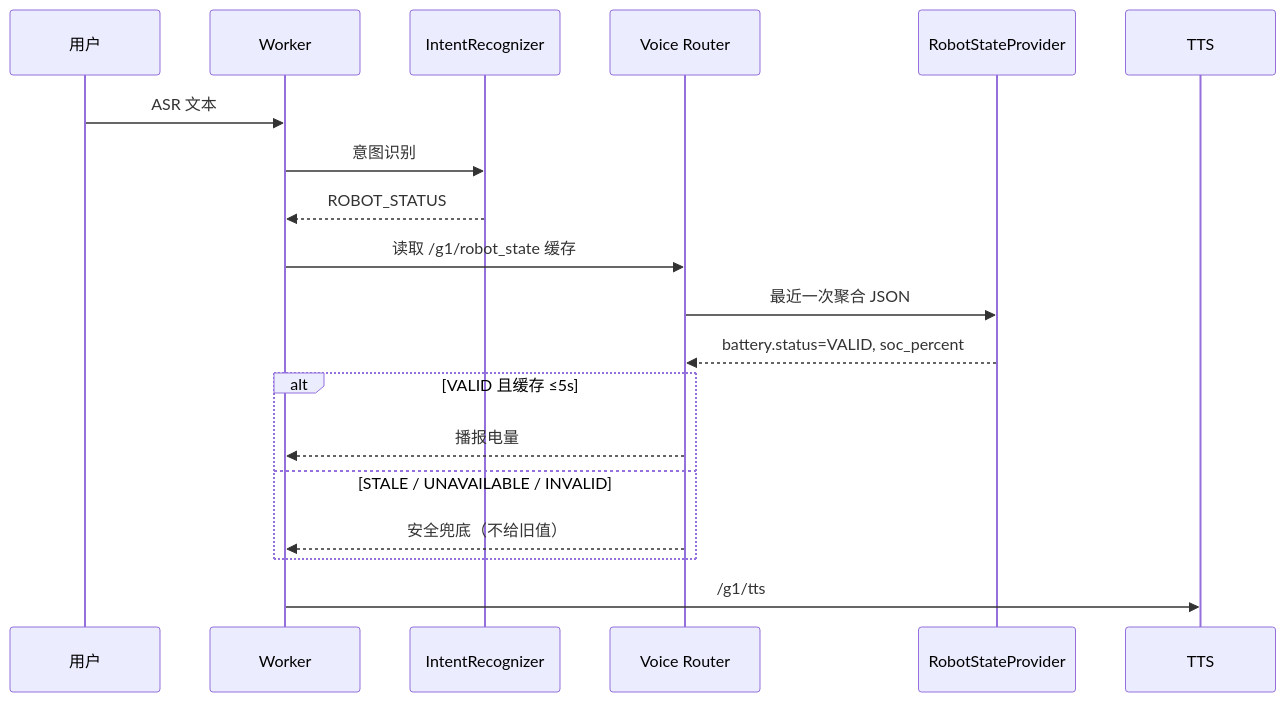
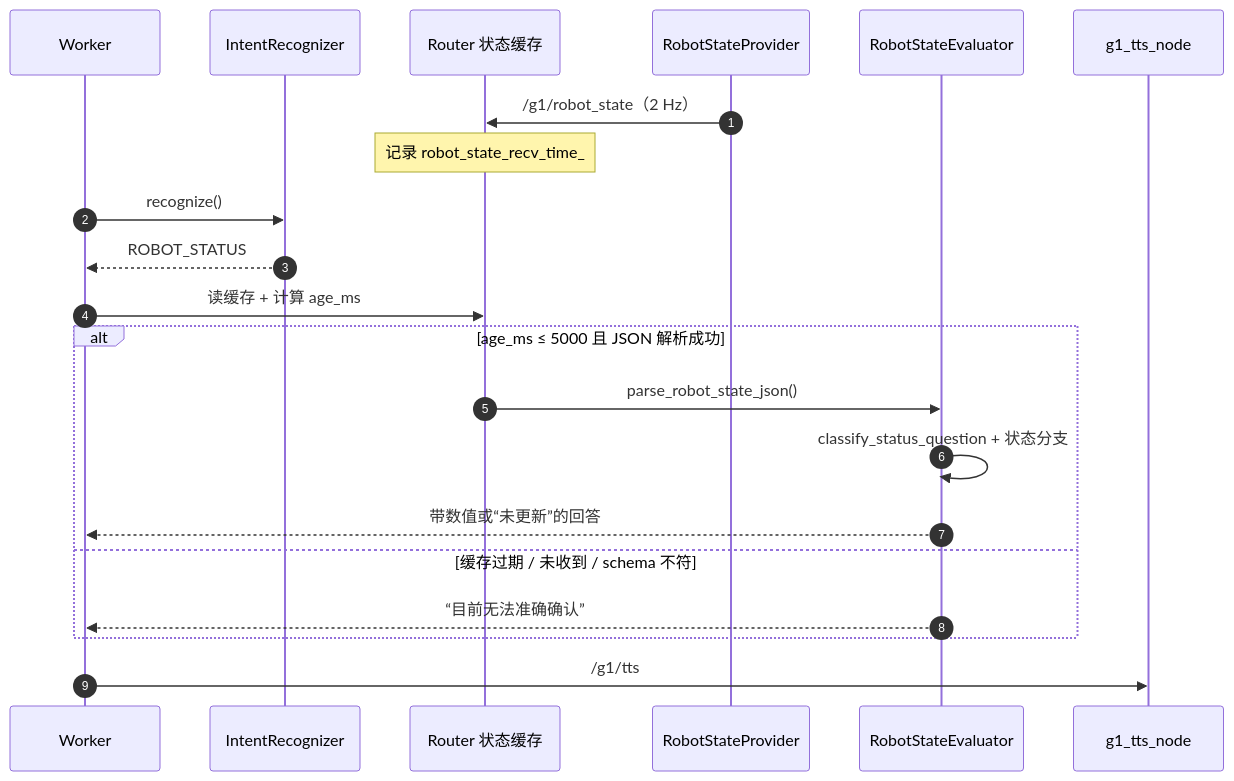
The third of 4 diagrams in releases/G1-EDU-Smart-Reception-V1.0/docs/architecture/interaction_sequence.md (CJWDDHCSJ/g1_dev), drawn with Mermaid before and after one commit. The commit also changed other lines of this file and 51 other files, not shown here.

````diff
--- a/releases/G1-EDU-Smart-Reception-V1.0/docs/architecture/interaction_sequence.md
+++ b/releases/G1-EDU-Smart-Reception-V1.0/docs/architecture/interaction_sequence.md
@@ -35,21 +92,24 @@
 ```mermaid
 sequenceDiagram
-    participant U as 用户
+    autonumber
     participant W as Worker
     participant I as IntentRecognizer
-    participant R as Voice Router
+    participant C as Router 状态缓存
     participant P as RobotStateProvider
-    participant T as TTS
-    U->>W: ASR 文本
-    W->>I: 意图识别
+    participant E as RobotStateEvaluator
+    participant T as g1_tts_node
+
+    P->>C: /g1/robot_state（2 Hz）
+    Note over C: 记录 robot_state_recv_time_
+    W->>I: recognize()
     I-->>W: ROBOT_STATUS
-    W->>R: 读取 /g1/robot_state 缓存
-    R->>P: 最近一次聚合 JSON
-    P-->>R: battery.status=VALID, soc_percent
-    alt VALID 且缓存 ≤5s
-        R-->>W: 播报电量
-    else STALE / UNAVAILABLE / INVALID
-        R-->>W: 安全兜底（不给旧值）
+    W->>C: 读缓存 + 计算 age_ms
+    alt age_ms ≤ 5000 且 JSON 解析成功
+        C->>E: parse_robot_state_json()
+        E->>E: classify_status_question + 状态分支
+        E-->>W: 带数值或“未更新”的回答
+    else 缓存过期 / 未收到 / schema 不符
+        E-->>W: “目前无法准确确认”
     end
     W->>T: /g1/tts
 ```
````
